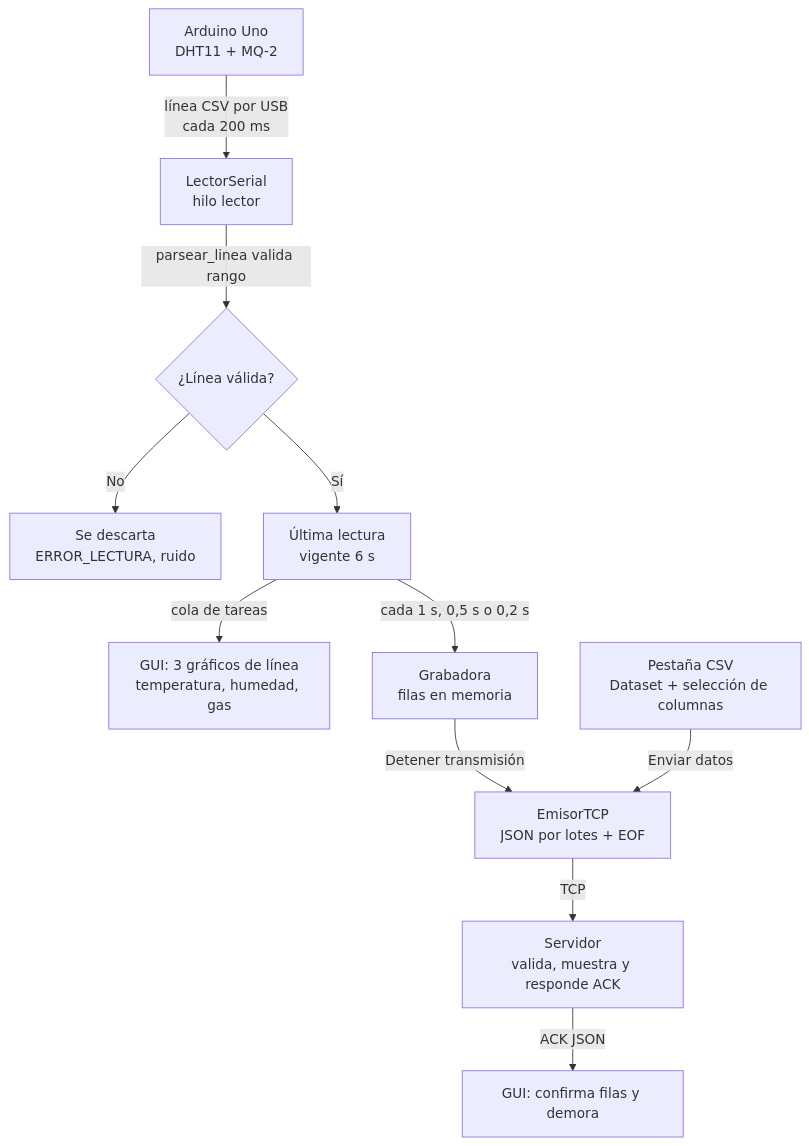
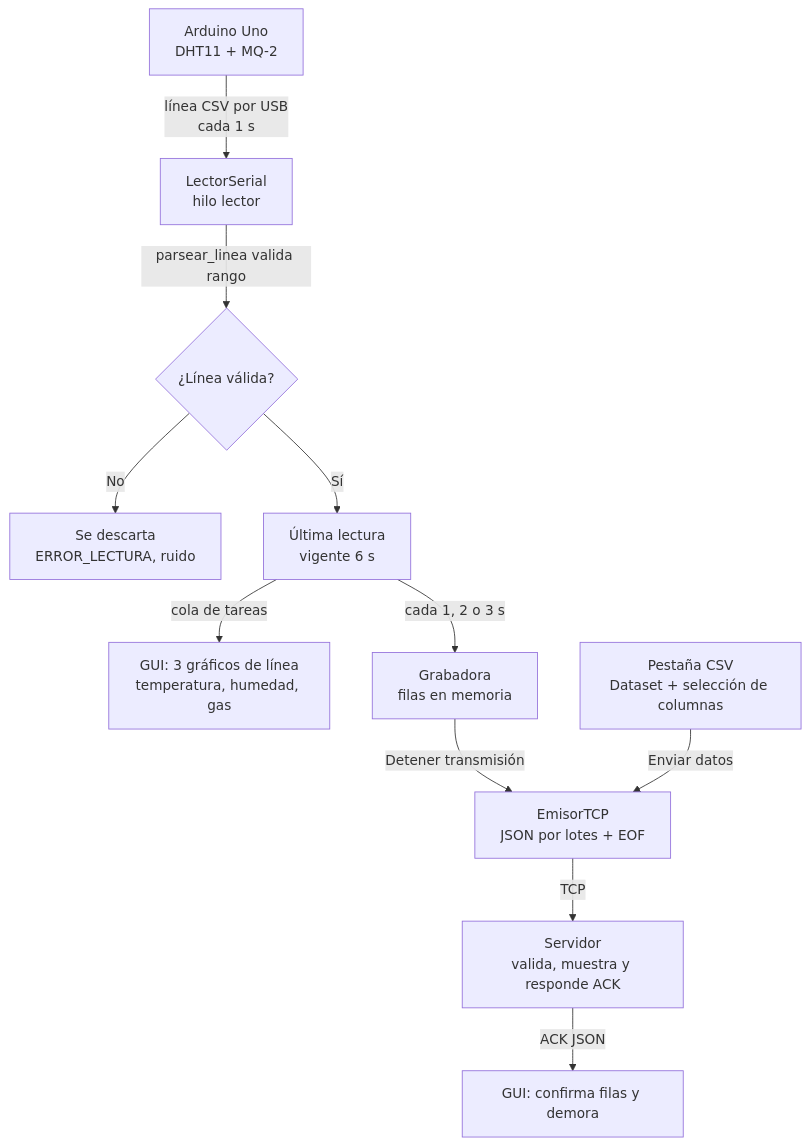
Before and after one commit to cescalantea/bigdata_evaluacion2: the first of 7 diagrams in docs/flujo_logico_arduino.md, drawn with Mermaid. The commit also changed other lines of this file and 4 other files, not shown here.

````diff
--- a/docs/flujo_logico_arduino.md
+++ b/docs/flujo_logico_arduino.md
@@ -16,13 +16,13 @@
 ```mermaid
 flowchart TD
-    A["Arduino Uno<br/>DHT11 + MQ-2"] -->|"línea CSV por USB<br/>cada 200 ms"| B["LectorSerial<br/>hilo lector"]
+    A["Arduino Uno<br/>DHT11 + MQ-2"] -->|"línea CSV por USB<br/>cada 1 s"| B["LectorSerial<br/>hilo lector"]
     B -->|"parsear_linea valida rango"| C{"¿Línea válida?"}
     C -->|No| D["Se descarta<br/>ERROR_LECTURA, ruido"]
     C -->|Sí| E["Última lectura<br/>vigente 6 s"]
     E -->|"cola de tareas"| F["GUI: 3 gráficos de línea<br/>temperatura, humedad, gas"]
-    E -->|"cada 1 s, 0,5 s o 0,2 s"| G["Grabadora<br/>filas en memoria"]
+    E -->|"cada 1, 2 o 3 s"| G["Grabadora<br/>filas en memoria"]
     G -->|"Detener transmisión"| H["EmisorTCP<br/>JSON por lotes + EOF"]
     I["Pestaña CSV<br/>Dataset + selección de columnas"] -->|"Enviar datos"| H
     H -->|"TCP"| J["Servidor<br/>valida, muestra y responde ACK"]
     J -->|"ACK JSON"| K["GUI: confirma filas y demora"]
 ```
````
